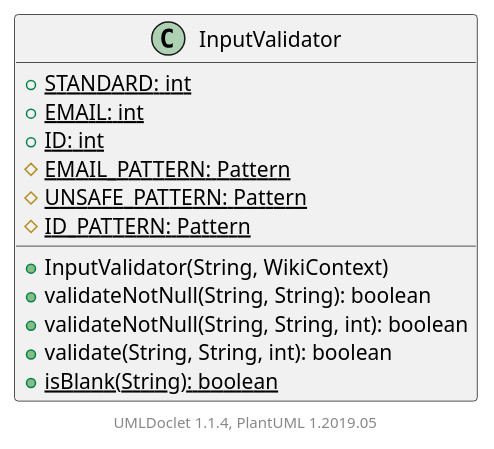
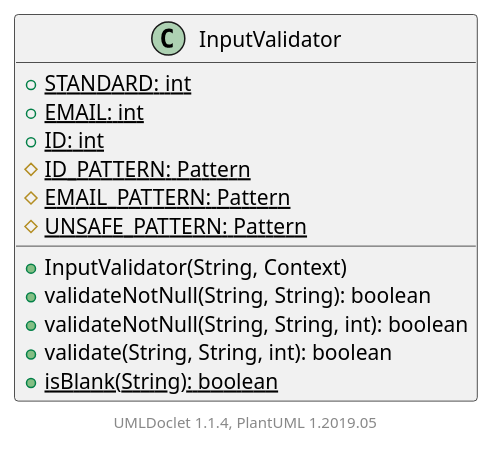
The diagram in apidocs/2.11.0.M7-SNAPSHOT/org/apache/wiki/ui/InputValidator.puml (apache/jspwiki-site), drawn with PlantUML before and after one commit. The commit also changed 1821 other files, not shown here.

```diff
--- a/apidocs/2.11.0.M7-SNAPSHOT/org/apache/wiki/ui/InputValidator.puml
+++ b/apidocs/2.11.0.M7-SNAPSHOT/org/apache/wiki/ui/InputValidator.puml
@@ -1,19 +1,19 @@
 @startuml
 
     class InputValidator [[InputValidator.html]] {
         {static} +STANDARD: int
         {static} +EMAIL: int
         {static} +ID: int
+        {static} #ID_PATTERN: Pattern
         {static} #EMAIL_PATTERN: Pattern
         {static} #UNSAFE_PATTERN: Pattern
-        {static} #ID_PATTERN: Pattern
-        +InputValidator(String, WikiContext)
+        +InputValidator(String, Context)
         +validateNotNull(String, String): boolean
         +validateNotNull(String, String, int): boolean
         +validate(String, String, int): boolean
         {static} +isBlank(String): boolean
     }
 
 
     center footer UMLDoclet 1.1.4, PlantUML 1.2019.05
 @enduml
```
